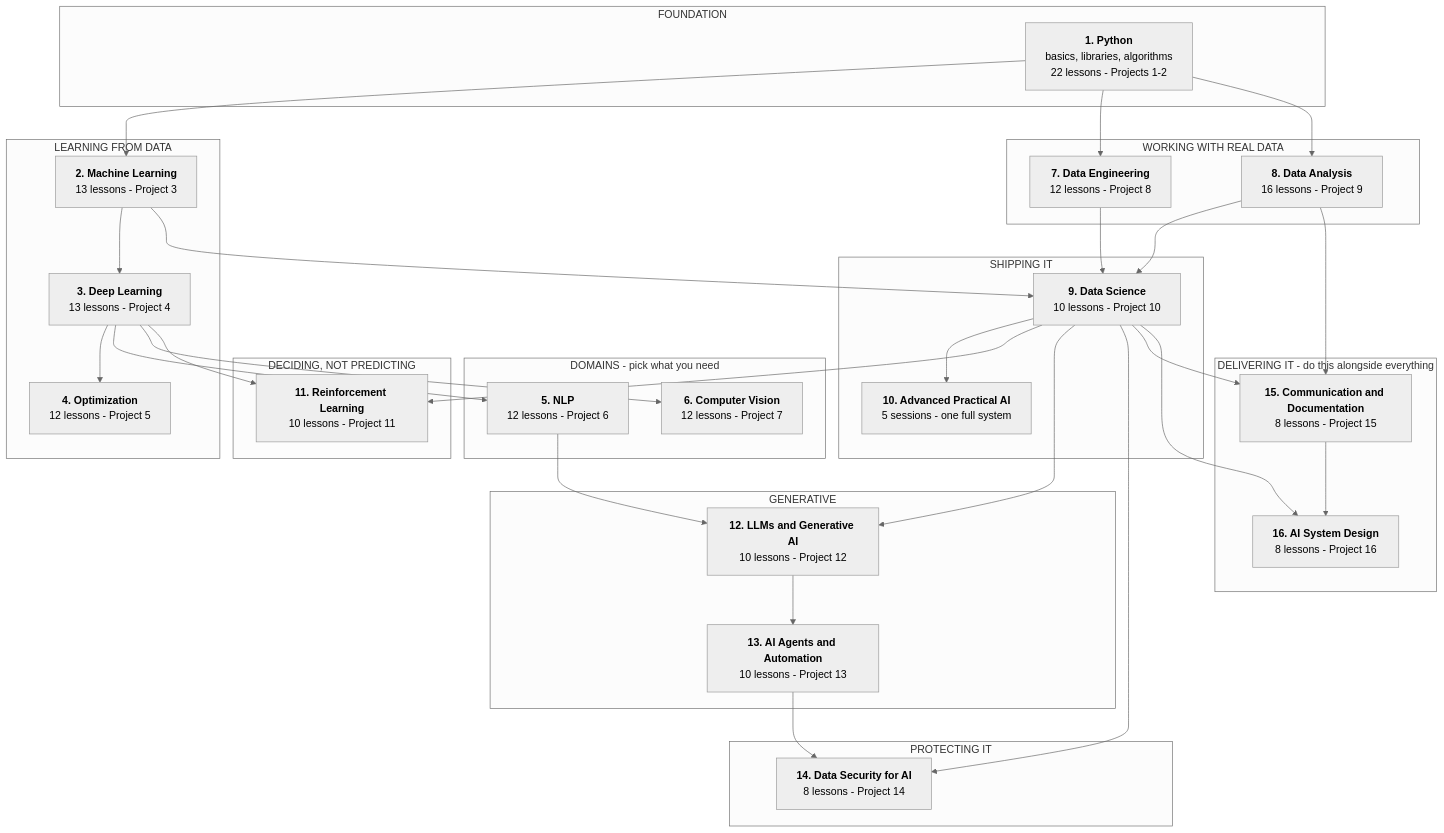
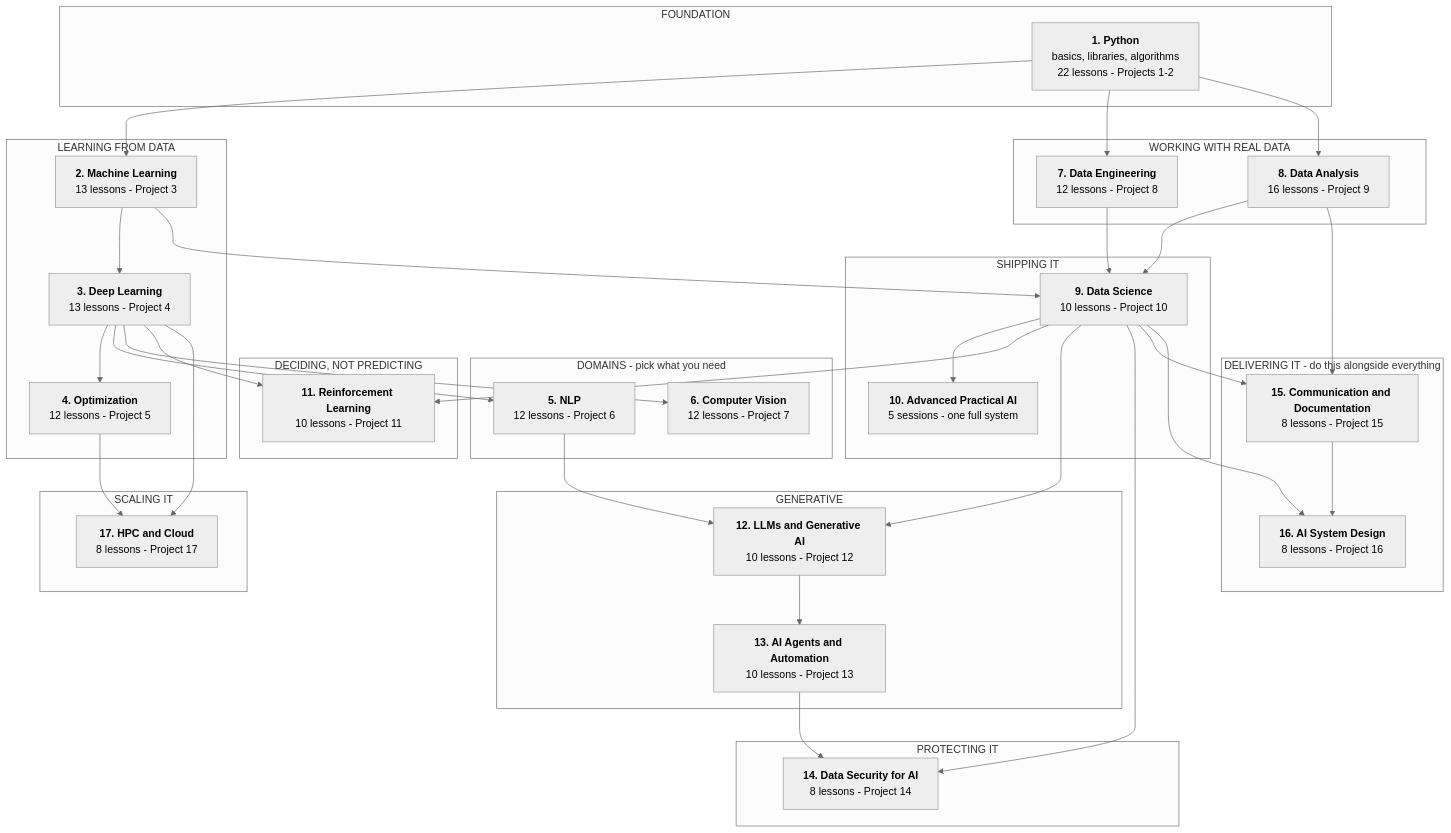
One commit to Tayel-Ai-Labs-Courses/Advanced-AI changed the diagram in README.md. Above: the diagram before and after it, drawn with Mermaid (neutral theme). The commit also changed other lines of this file and 21 other files, not shown here.

First line of the commit message:
Add HPC and Cloud course with Project 17

````diff
--- a/README.md
+++ b/README.md
@@ -14,58 +14,63 @@
 ```mermaid
 flowchart TD
     subgraph P0["FOUNDATION"]
         A["<b>1. Python</b><br/>basics, libraries, algorithms<br/>22 lessons - Projects 1-2"]
     end
     subgraph P1["LEARNING FROM DATA"]
         B["<b>2. Machine Learning</b><br/>13 lessons - Project 3"]
         C["<b>3. Deep Learning</b><br/>13 lessons - Project 4"]
         D["<b>4. Optimization</b><br/>12 lessons - Project 5"]
     end
     subgraph P2["DOMAINS - pick what you need"]
         E["<b>5. NLP</b><br/>12 lessons - Project 6"]
         F["<b>6. Computer Vision</b><br/>12 lessons - Project 7"]
     end
     subgraph P3["WORKING WITH REAL DATA"]
         G["<b>7. Data Engineering</b><br/>12 lessons - Project 8"]
         H["<b>8. Data Analysis</b><br/>16 lessons - Project 9"]
     end
     subgraph P4["SHIPPING IT"]
         I["<b>9. Data Science</b><br/>10 lessons - Project 10"]
         J["<b>10. Advanced Practical AI</b><br/>5 sessions - one full system"]
     end
     subgraph P5["DECIDING, NOT PREDICTING"]
         K["<b>11. Reinforcement Learning</b><br/>10 lessons - Project 11"]
     end
     subgraph P6["GENERATIVE"]
         L["<b>12. LLMs and Generative AI</b><br/>10 lessons - Project 12"]
         M["<b>13. AI Agents and Automation</b><br/>10 lessons - Project 13"]
     end
     subgraph P7["PROTECTING IT"]
         N["<b>14. Data Security for AI</b><br/>8 lessons - Project 14"]
     end
+    subgraph P7b["SCALING IT"]
+        R["<b>17. HPC and Cloud</b><br/>8 lessons - Project 17"]
+    end
     subgraph P8["DELIVERING IT - do this alongside everything"]
         O["<b>15. Communication and Documentation</b><br/>8 lessons - Project 15"]
         Q["<b>16. AI System Design</b><br/>8 lessons - Project 16"]
     end
 
     A --> B --> C --> D
     C --> E
     C --> F
     A --> G
     A --> H
     B --> I
     G --> I
     H --> I
     I --> J
     C --> K
     I --> K
     E --> L
     I --> L
     L --> M
     I --> N
     M --> N
     I --> O
     H --> O
     I --> Q
     O --> Q
+    C --> R
+    D --> R
 ```
````
